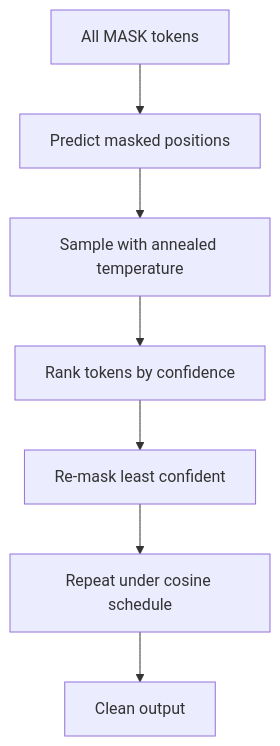
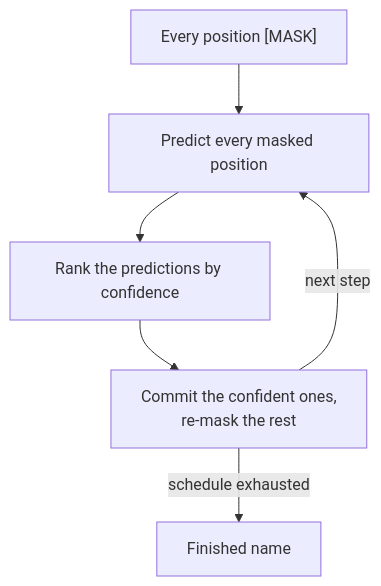
The diagram in walk-the-code/diagrams/diffusion_unmasking.mmd (danilop/micro-gpt-and-beyond), drawn with Mermaid before and after one commit. The commit also changed 80 other files, not shown here.

```diff
--- a/walk-the-code/diagrams/diffusion_unmasking.mmd
+++ b/walk-the-code/diagrams/diffusion_unmasking.mmd
@@ -1,8 +1,6 @@
 graph TD
-    noise[All MASK tokens]
-    noise --> step1[Predict masked positions]
-    step1 --> sample[Sample with annealed temperature]
-    sample --> rank[Rank tokens by confidence]
-    rank --> remask1[Re-mask least confident]
-    remask1 --> schedule[Repeat under cosine schedule]
-    schedule --> clean[Clean output]
+    noise["Every position [MASK]"] --> step1[Predict every masked position]
+    step1 --> rank[Rank the predictions by confidence]
+    rank --> remask1[Commit the confident ones,<br/>re-mask the rest]
+    remask1 -->|next step| step1
+    remask1 -->|schedule exhausted| clean[Finished name]
```
